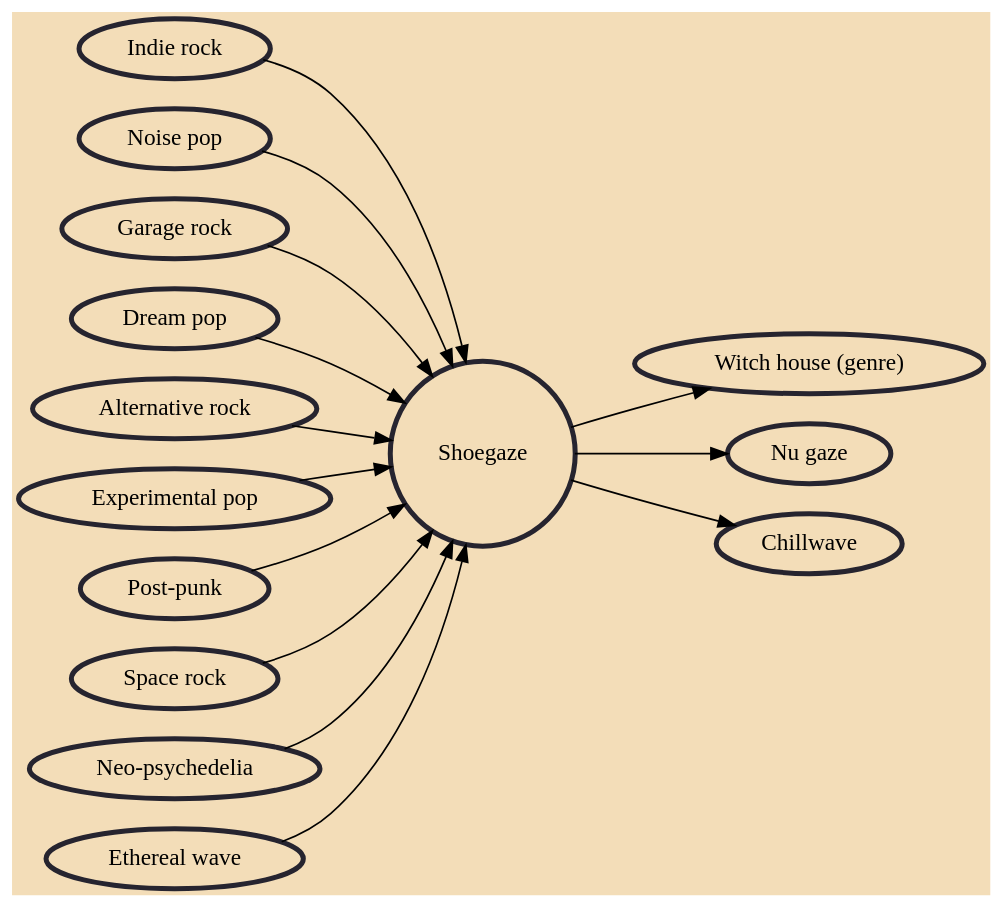
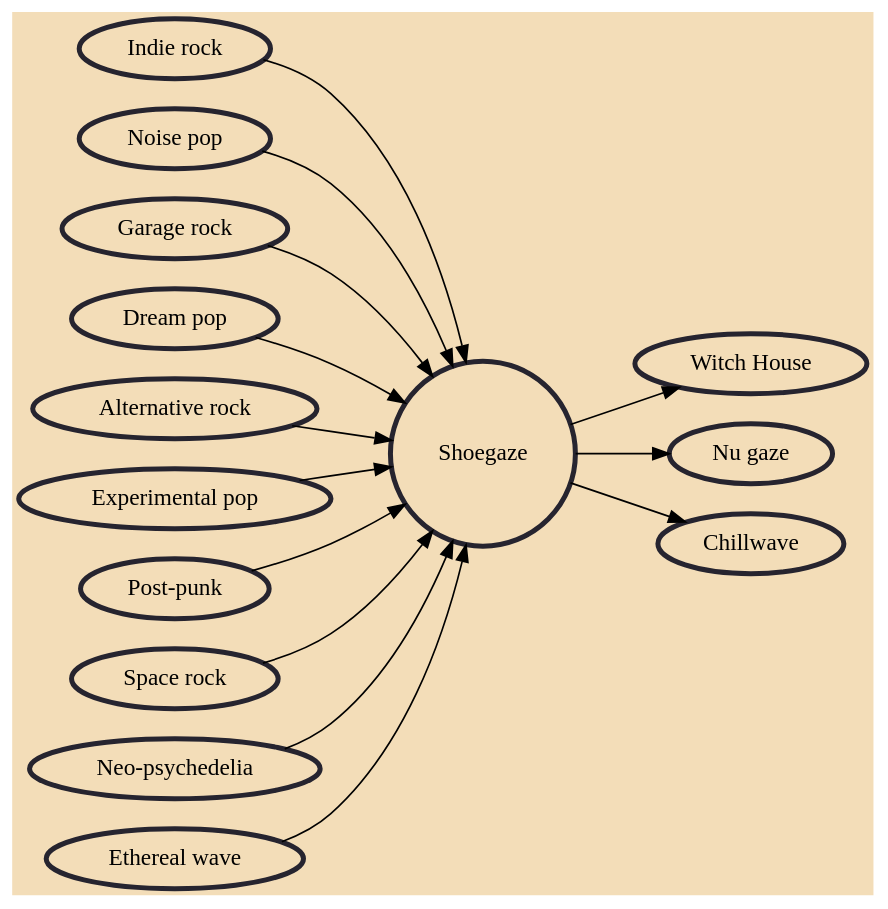
The diagram in Music/Shoegaze.md (avengerpenguin/musicgenres), drawn with Graphviz before and after one commit. The commit also changed other lines of this file and 9 other files, not shown here.

Commit message:
Simplify Witch House (genre) to just Witch House

````diff
--- a/Music/Shoegaze.md
+++ b/Music/Shoegaze.md
@@ -6,33 +6,33 @@
 ```dot
 digraph {
 	graph [bgcolor="#F3DDB8" rankdir=LR]
 	node [color="#26242F" penwidth=3.0]
 	Shoegaze [shape=circle]
 	"Indie rock" [URL="/indie-rock/"]
 	"Indie rock" -> Shoegaze
 	"Noise pop" [URL="/noise-pop/"]
 	"Noise pop" -> Shoegaze
 	"Garage rock" [URL="/garage-rock/"]
 	"Garage rock" -> Shoegaze
 	"Dream pop" [URL="/dream-pop/"]
 	"Dream pop" -> Shoegaze
 	"Alternative rock" [URL="/alternative-rock/"]
 	"Alternative rock" -> Shoegaze
 	"Experimental pop" [URL="/experimental-pop/"]
 	"Experimental pop" -> Shoegaze
 	"Post-punk" [URL="/post-punk/"]
 	"Post-punk" -> Shoegaze
 	"Space rock" [URL="/space-rock/"]
 	"Space rock" -> Shoegaze
 	"Neo-psychedelia" [URL="/neo-psychedelia/"]
 	"Neo-psychedelia" -> Shoegaze
 	"Ethereal wave" [URL="/ethereal-wave/"]
 	"Ethereal wave" -> Shoegaze
-	"Witch house (genre)" [URL="/witch-house-genre/"]
-	Shoegaze -> "Witch house (genre)"
+	"Witch House" [URL="/witch-house/"]
+	Shoegaze -> "Witch House"
 	"Nu gaze" [URL="/nu-gaze/"]
 	Shoegaze -> "Nu gaze"
 	Chillwave [URL="/chillwave/"]
 	Shoegaze -> Chillwave
 }
 ```
````
